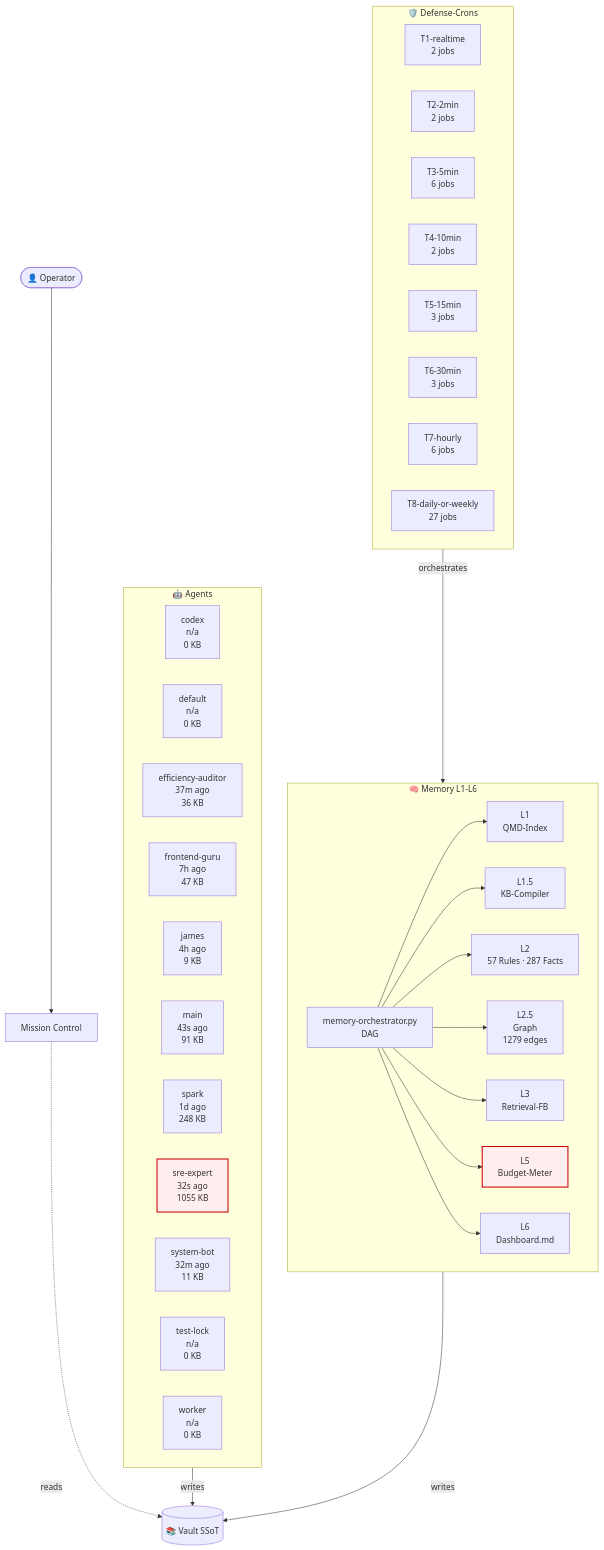
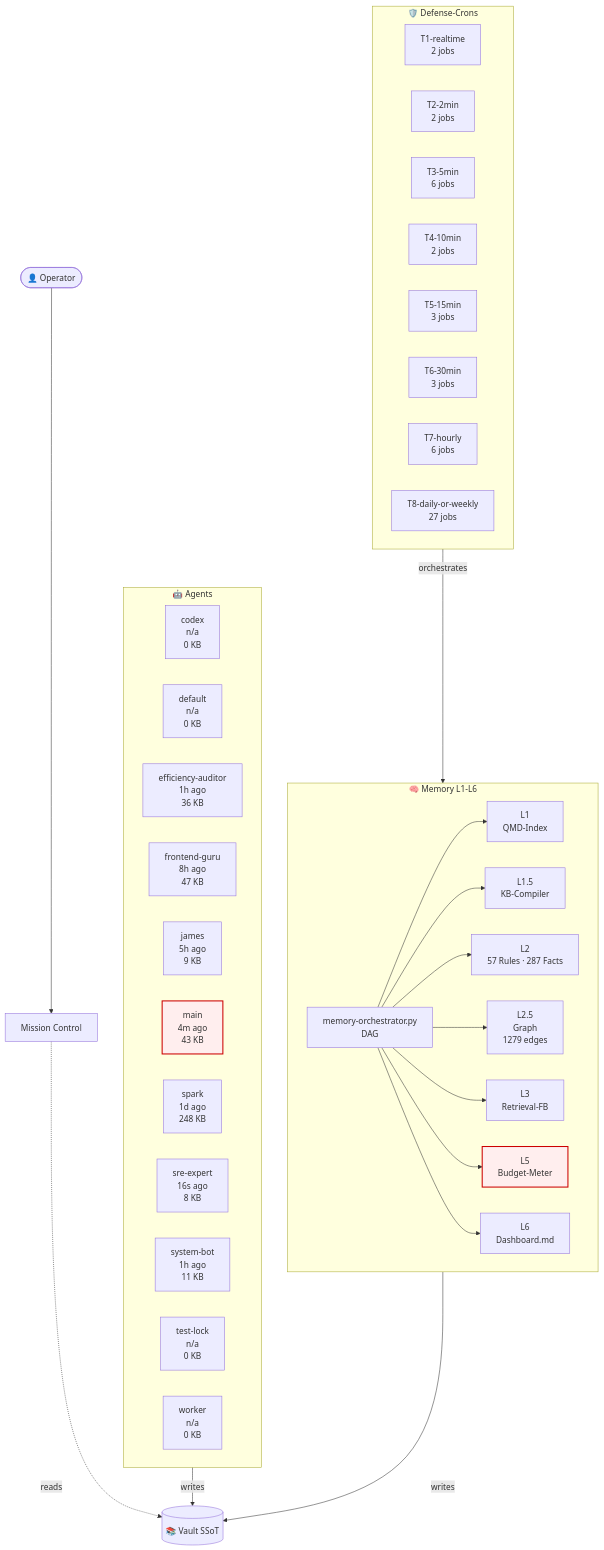
Before and after one commit to lenardhuebner88-rgb/openclaw-memory: the diagram in 03-Agents/architecture-live.md, drawn with Mermaid. The commit also changed other lines of this file and 6 other files, not shown here.

````diff
--- a/03-Agents/architecture-live.md
+++ b/03-Agents/architecture-live.md
@@ -18,54 +18,54 @@
 ```mermaid
 flowchart TB
     classDef critical fill:#fee,stroke:#c00,stroke-width:2px;
     subgraph AGT["🤖 Agents"]
         agent_codex["codex<br/>n/a<br/>0 KB"]
         agent_default["default<br/>n/a<br/>0 KB"]
-        agent_efficiency_auditor["efficiency-auditor<br/>37m ago<br/>36 KB"]
-        agent_frontend_guru["frontend-guru<br/>7h ago<br/>47 KB"]
-        agent_james["james<br/>4h ago<br/>9 KB"]
-        agent_main["main<br/>43s ago<br/>91 KB"]
+        agent_efficiency_auditor["efficiency-auditor<br/>1h ago<br/>36 KB"]
+        agent_frontend_guru["frontend-guru<br/>8h ago<br/>47 KB"]
+        agent_james["james<br/>5h ago<br/>9 KB"]
+        agent_main["main<br/>4m ago<br/>43 KB"]
         agent_spark["spark<br/>1d ago<br/>248 KB"]
-        agent_sre_expert["sre-expert<br/>32s ago<br/>1055 KB"]
-        agent_system_bot["system-bot<br/>32m ago<br/>11 KB"]
+        agent_sre_expert["sre-expert<br/>16s ago<br/>8 KB"]
+        agent_system_bot["system-bot<br/>1h ago<br/>11 KB"]
         agent_test_lock["test-lock<br/>n/a<br/>0 KB"]
         agent_worker["worker<br/>n/a<br/>0 KB"]
     end
     subgraph MEM["🧠 Memory L1-L6"]
         L1["L1<br/>QMD-Index"]
         L15["L1.5<br/>KB-Compiler"]
         L2["L2<br/>57 Rules · 287 Facts"]
         L25["L2.5<br/>Graph<br/>1279 edges"]
         L3["L3<br/>Retrieval-FB"]
         L5["L5<br/>Budget-Meter"]
         L6["L6<br/>Dashboard.md"]
         ORCH["memory-orchestrator.py<br/>DAG"]
     end
     subgraph CRN["🛡️ Defense-Crons"]
         tier_T1_realtime["T1-realtime<br/>2 jobs"]
         tier_T2_2min["T2-2min<br/>2 jobs"]
         tier_T3_5min["T3-5min<br/>6 jobs"]
         tier_T4_10min["T4-10min<br/>2 jobs"]
         tier_T5_15min["T5-15min<br/>3 jobs"]
         tier_T6_30min["T6-30min<br/>3 jobs"]
         tier_T7_hourly["T7-hourly<br/>6 jobs"]
         tier_T8_daily_or_weekly["T8-daily-or-weekly<br/>27 jobs"]
     end
     VAULT[("📚 Vault SSoT")]
     OP([👤 Operator])
     MC["Mission Control"]
     OP --> MC
     MC -.reads.-> VAULT
     AGT -->|writes| VAULT
     MEM -->|writes| VAULT
     ORCH --> L1
     ORCH --> L15
     ORCH --> L2
     ORCH --> L25
     ORCH --> L3
     ORCH --> L5
     ORCH --> L6
     CRN -->|orchestrates| MEM
     class L5 critical
-    class agent_sre_expert critical
+    class agent_main critical
 ```
````
